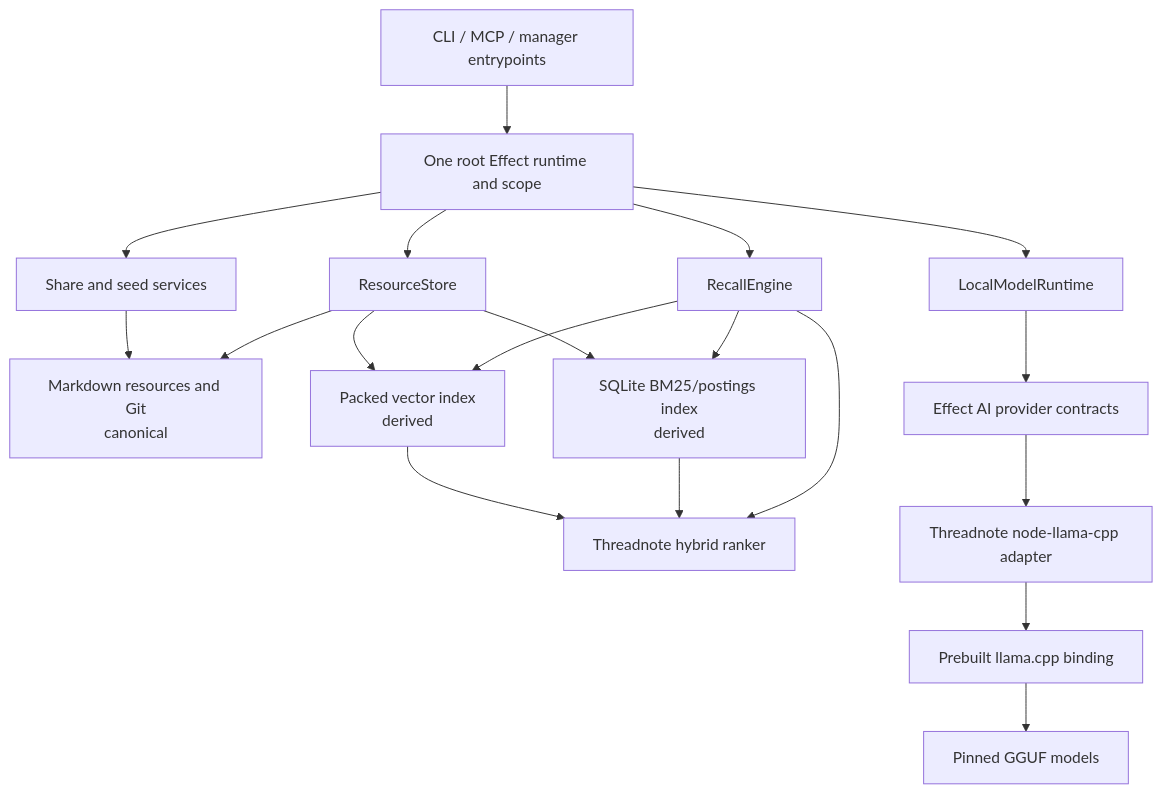
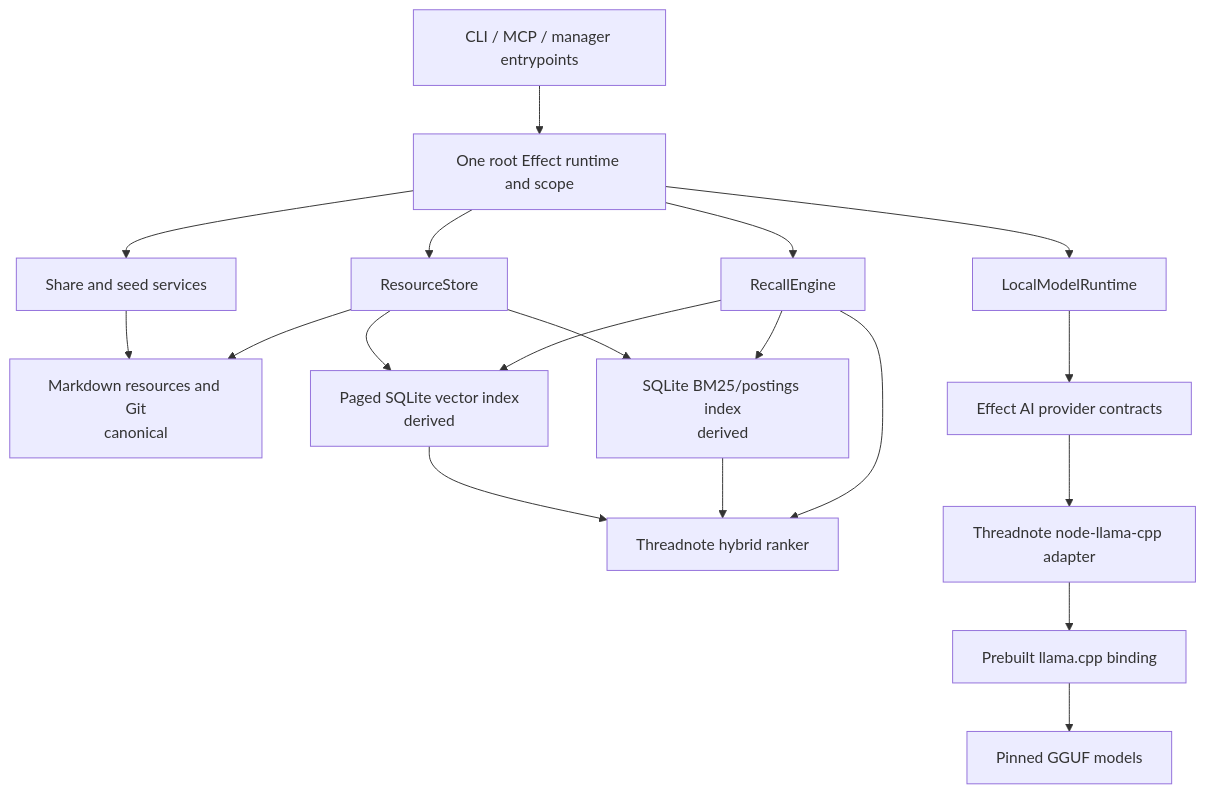
Before and after one commit to Kashkovsky/threadnote: the diagram in docs/4.0-plan.md, drawn with Mermaid. The commit also changed other lines of this file and 72 other files, not shown here.

````diff
--- a/docs/4.0-plan.md
+++ b/docs/4.0-plan.md
@@ -176,24 +179,24 @@
 ```mermaid
 flowchart TD
     Entry["CLI / MCP / manager entrypoints"] --> Runtime["One root Effect runtime and scope"]
     Runtime --> Store["ResourceStore"]
     Runtime --> Recall["RecallEngine"]
     Runtime --> Models["LocalModelRuntime"]
     Runtime --> Share["Share and seed services"]
 
     Store --> Canonical["Markdown resources and Git\ncanonical"]
     Recall --> Lexical["SQLite BM25/postings index\nderived"]
-    Recall --> Vectors["Packed vector index\nderived"]
+    Recall --> Vectors["Paged SQLite vector index\nderived"]
     Recall --> Ranker["Threadnote hybrid ranker"]
 
     Models --> EffectAI["Effect AI provider contracts"]
     EffectAI --> Adapter["Threadnote node-llama-cpp adapter"]
     Adapter --> Native["Prebuilt llama.cpp binding"]
     Native --> GGUF["Pinned GGUF models"]
 
     Share --> Canonical
     Store --> Lexical
     Store --> Vectors
     Lexical --> Ranker
     Vectors --> Ranker
 ```
````
